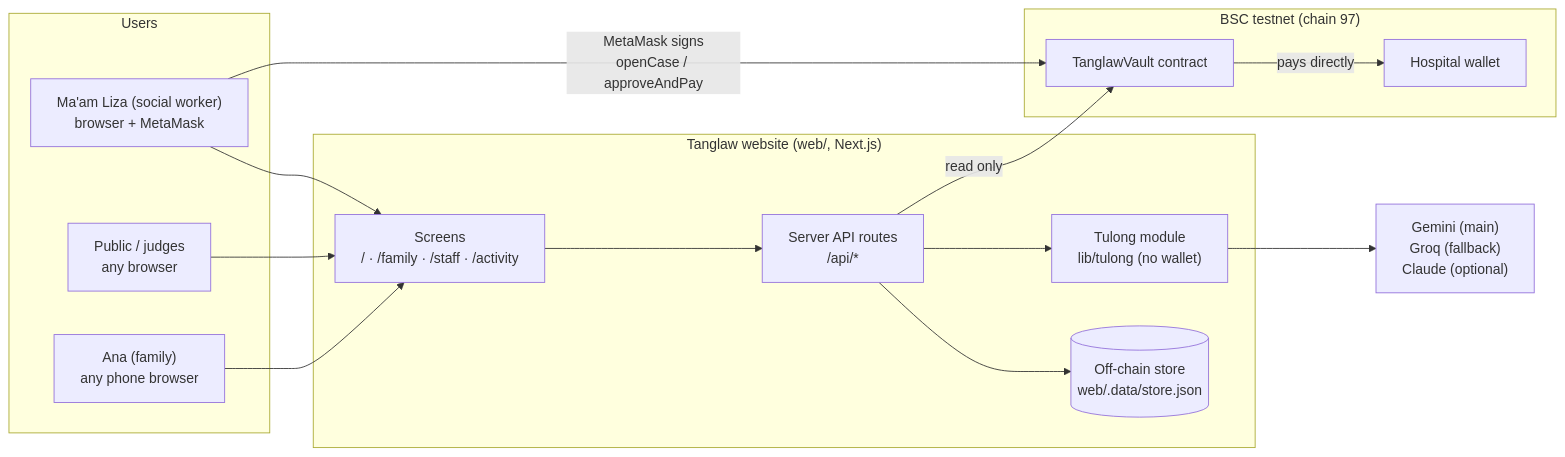
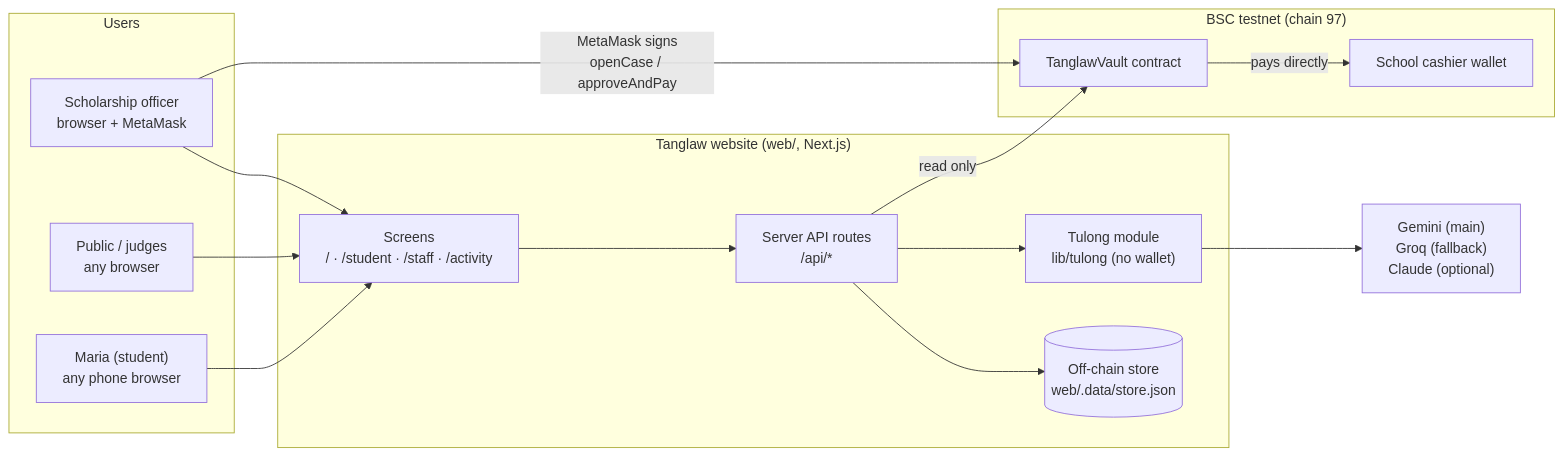
Before and after one commit to lyle-leif/Tanglaw: the first of 3 diagrams in ARCHITECTURE.md, drawn with Mermaid. The commit also changed other lines of this file and 39 other files, not shown here.

````diff
--- a/ARCHITECTURE.md
+++ b/ARCHITECTURE.md
@@ -9,33 +9,33 @@
 ```mermaid
 flowchart LR
   subgraph Users
-    A["Ana (family)<br/>any phone browser"]
-    L["Ma'am Liza (social worker)<br/>browser + MetaMask"]
+    A["Maria (student)<br/>any phone browser"]
+    L["Scholarship officer<br/>browser + MetaMask"]
     P["Public / judges<br/>any browser"]
   end
 
   subgraph Web["Tanglaw website (web/, Next.js)"]
-    UI["Screens<br/>/ · /family · /staff · /activity"]
+    UI["Screens<br/>/ · /student · /staff · /activity"]
     API["Server API routes<br/>/api/*"]
     T["Tulong module<br/>lib/tulong (no wallet)"]
     S[("Off-chain store<br/>web/.data/store.json")]
   end
 
   subgraph Chain["BSC testnet (chain 97)"]
     V["TanglawVault contract"]
-    H["Hospital wallet"]
+    H["School cashier wallet"]
   end
 
   AI["Gemini (main)<br/>Groq (fallback)<br/>Claude (optional)"]
 
   A --> UI
   P --> UI
   L --> UI
   UI --> API
   API --> T
   T --> AI
   API --> S
   API -- "read only" --> V
   L -- "MetaMask signs<br/>openCase / approveAndPay" --> V
   V -- "pays directly" --> H
 ```
````
